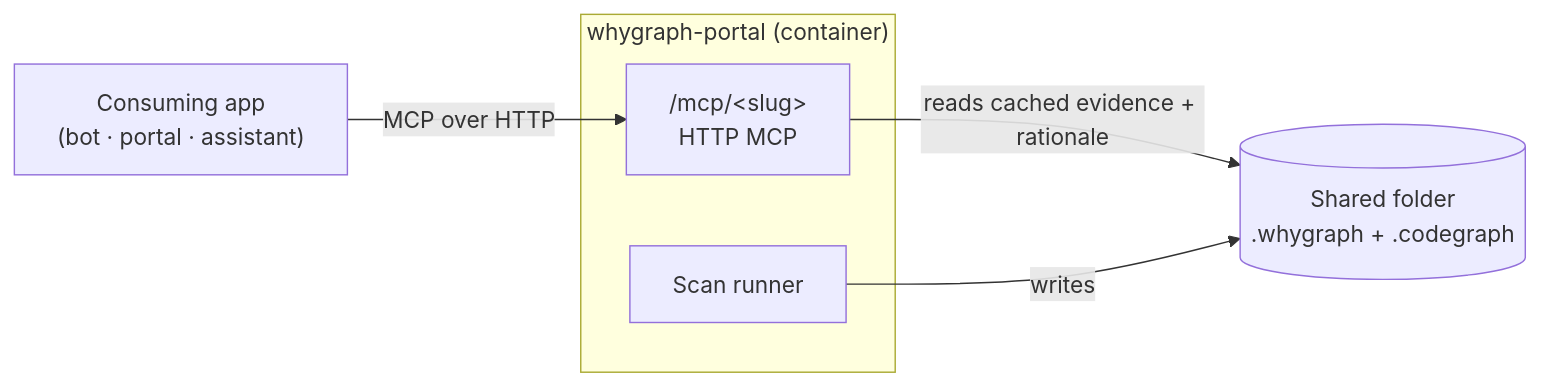
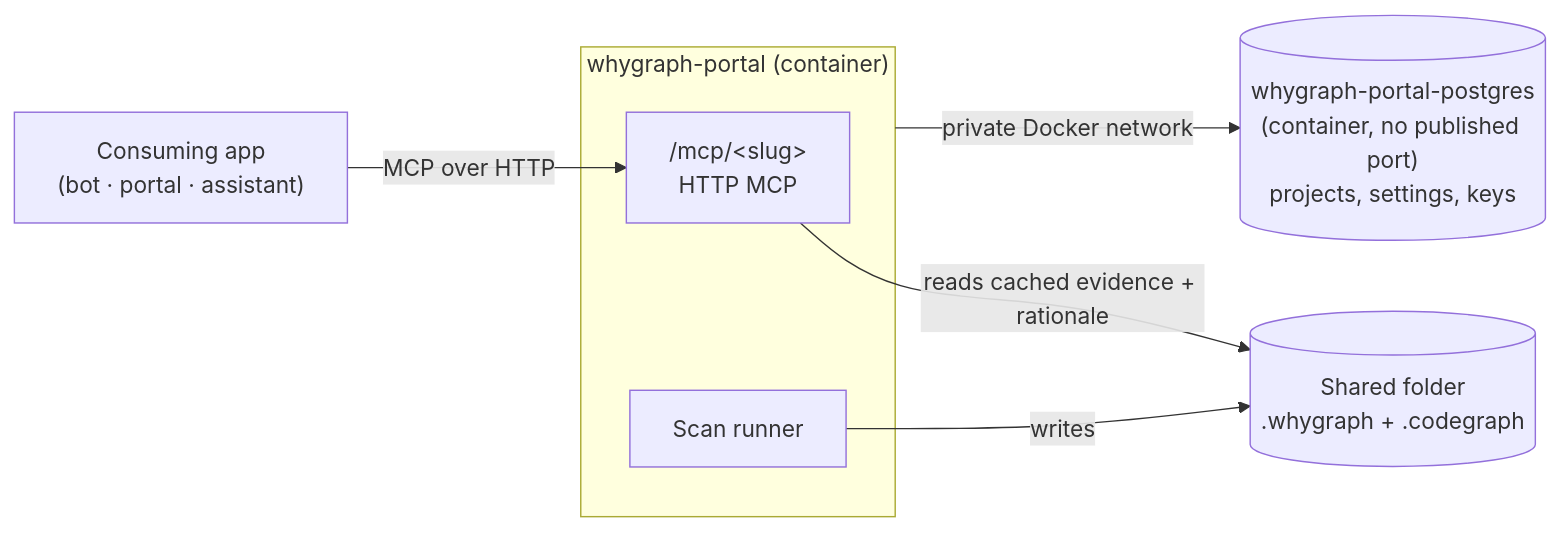
The diagram in docs/deploy/service.md (mtrdesign/whygraph), drawn with Mermaid before and after one commit. The commit also changed other lines of this file and 56 other files, not shown here.

First line of the commit message:
M2a: portal database on Postgres (local and production) (#53)

````diff
--- a/docs/deploy/service.md
+++ b/docs/deploy/service.md
@@ -18,13 +20,15 @@
 ```mermaid
 flowchart LR
     app["Consuming app<br/>(bot · portal · assistant)"]
     subgraph svc["whygraph-portal (container)"]
         mcp["/mcp/&lt;slug&gt;<br/>HTTP MCP"]
         scan["Scan runner"]
     end
+    pg[("whygraph-portal-postgres<br/>(container, no published port)<br/>projects, settings, keys")]
     repo[("Shared folder<br/>.whygraph + .codegraph")]
 
     app -- "MCP over HTTP" --> mcp
     mcp -- "reads cached evidence + rationale" --> repo
     scan -- "writes" --> repo
+    svc -- "private Docker network" --> pg
 ```
````
